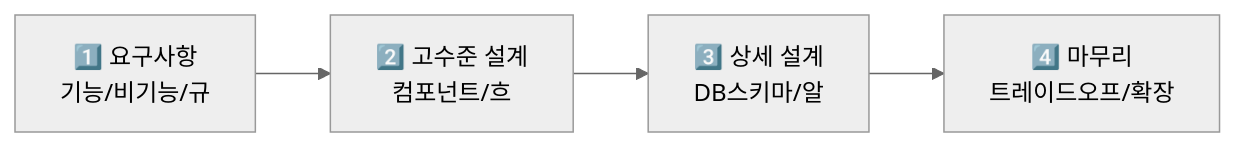
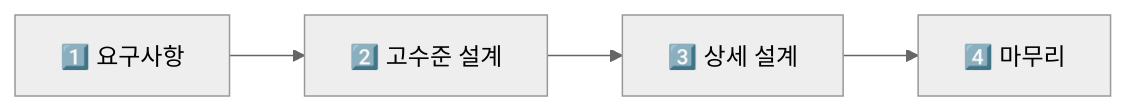
Before and after one commit to yjkim2015/yjkim2015.github.io: the diagram in _posts/systemdesign/2026-05-01-system-design.md, drawn with Mermaid (neutral theme). The commit also changed 217 other files, not shown here.

First line of the commit message:
Mermaid 크기 수정: useMaxWidth:true + SVG max-width:100% + 라벨 축소

````diff
--- a/_posts/systemdesign/2026-05-01-system-design.md
+++ b/_posts/systemdesign/2026-05-01-system-design.md
@@ -52,6 +52,6 @@
 ```mermaid
 graph LR
-    R["1️⃣ 요구사항\n기능/비기능/규"] --> H["2️⃣ 고수준 설계\n컴포넌트/흐"]
-    H --> D["3️⃣ 상세 설계\nDB스키마/알"]
-    D --> F["4️⃣ 마무리\n트레이드오프/확장"]
+    R["1️⃣ 요구사항"] --> H["2️⃣ 고수준 설계"]
+    H --> D["3️⃣ 상세 설계"]
+    D --> F["4️⃣ 마무리"]
 ```
````
